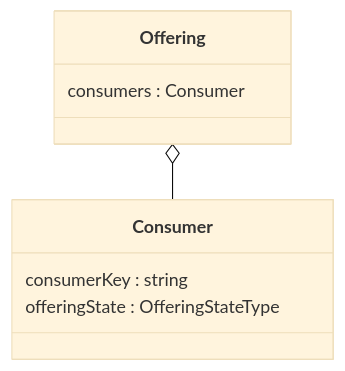
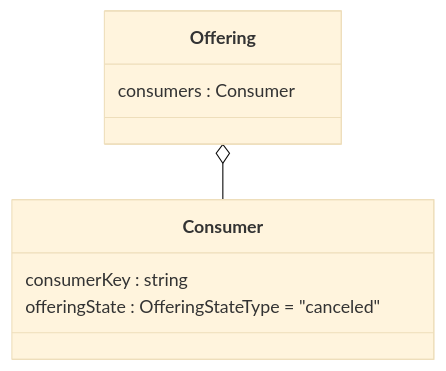
One commit to NetwerkExamineringDigitalisering/NED-OOAPI changed the ninth of 10 diagrams in doc/flow2.md. Above: the diagram before and after it, drawn with Mermaid (base theme).

Commit message:
Update flow2.md
Corrected

````diff
--- a/doc/flow2.md
+++ b/doc/flow2.md
@@ -372,11 +372,11 @@
 ```mermaid
 classDiagram
     class Offering {
 	consumers : Consumer
     }
     class Consumer {
     	consumerKey : string
-	offeringState : OfferingStateType
+	offeringState : OfferingStateType = "canceled"
     }
     Offering o-- Consumer
 ```
````
